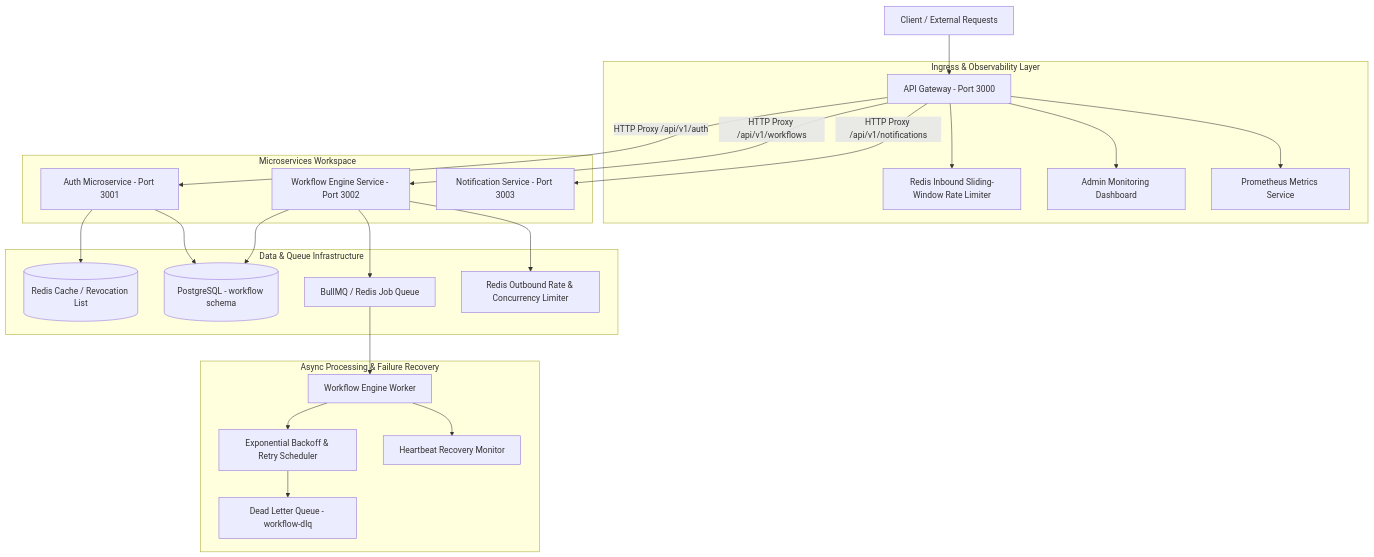
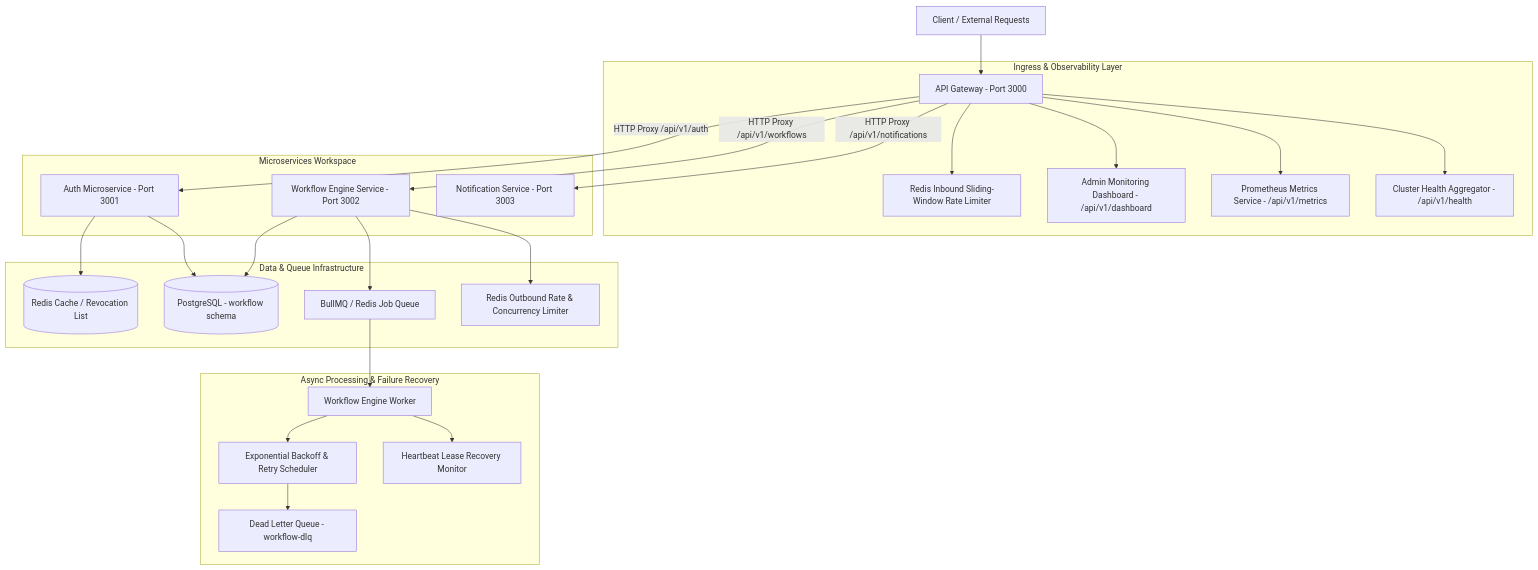
Before and after one commit to NabarupDev/ForgeGate: the diagram in README.md, drawn with Mermaid. The commit also changed other lines of this file and 3 other files, not shown here.

Commit message:
feat: update OpenAPI specification and architecture documentation to include new auth, workflow, monitoring, and dead-letter queue endpoints.

````diff
--- a/README.md
+++ b/README.md
@@ -18,31 +18,32 @@
 ```mermaid
 flowchart TD
     Client[Client / External Requests] --> Gateway[API Gateway - Port 3000]
 
     subgraph Ingress & Observability Layer
         Gateway --> RateLimiter[Redis Inbound Sliding-Window Rate Limiter]
-        Gateway --> Dashboard[Admin Monitoring Dashboard]
-        Gateway --> Metrics[Prometheus Metrics Service]
+        Gateway --> Dashboard[Admin Monitoring Dashboard - /api/v1/dashboard]
+        Gateway --> Metrics[Prometheus Metrics Service - /api/v1/metrics]
+        Gateway --> Health[Cluster Health Aggregator - /api/v1/health]
     end
 
     subgraph Microservices Workspace
         Gateway -->|HTTP Proxy /api/v1/auth| AuthService[Auth Microservice - Port 3001]
         Gateway -->|HTTP Proxy /api/v1/workflows| WorkflowService[Workflow Engine Service - Port 3002]
         Gateway -->|HTTP Proxy /api/v1/notifications| NotificationService[Notification Service - Port 3003]
     end
 
     subgraph Data & Queue Infrastructure
         AuthService --> Redis[(Redis Cache / Revocation List)]
         AuthService --> Postgres[(PostgreSQL - auth schema)]
         WorkflowService --> Postgres[(PostgreSQL - workflow schema)]
         WorkflowService --> Queue[BullMQ / Redis Job Queue]
         WorkflowService --> Limiters[Redis Outbound Rate & Concurrency Limiter]
     end
 
     subgraph Async Processing & Failure Recovery
         Queue --> Worker[Workflow Engine Worker]
         Worker --> RetryEngine[Exponential Backoff & Retry Scheduler]
         RetryEngine --> DLQ[Dead Letter Queue - workflow-dlq]
-        Worker --> StaleRecovery[Heartbeat Recovery Monitor]
+        Worker --> StaleRecovery[Heartbeat Lease Recovery Monitor]
     end
 ```
````
